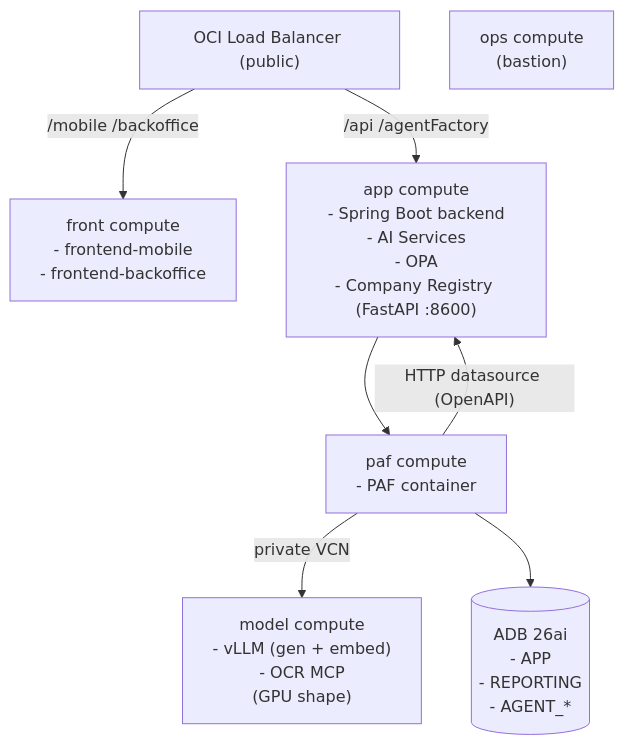
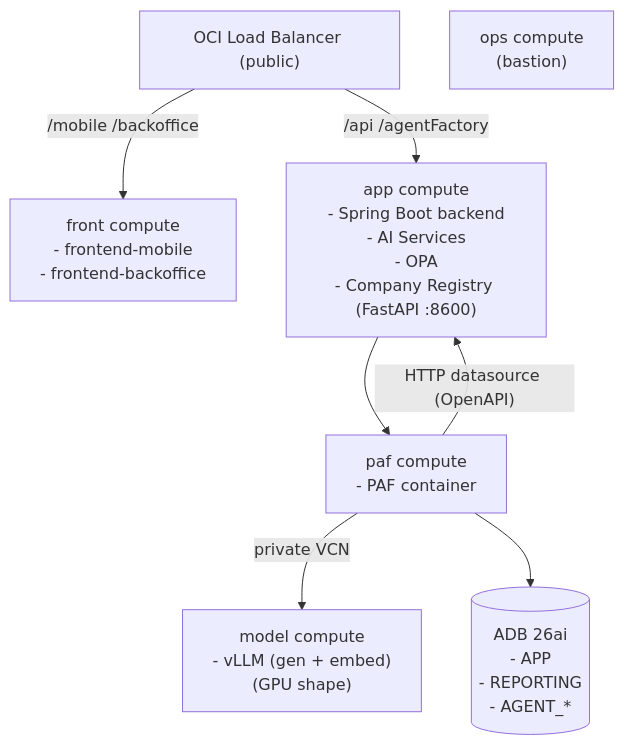
One commit to vmleon/oracle-database-private-agent-factory-poc changed the second of 2 diagrams in docs/DEPLOYMENT.md. Above: the diagram before and after it, drawn with Mermaid. The commit also changed other lines of this file and 10 other files, not shown here.

````diff
--- a/docs/DEPLOYMENT.md
+++ b/docs/DEPLOYMENT.md
@@ -122,17 +120,17 @@
 ```mermaid
 flowchart TB
     lb["OCI Load Balancer (public)"]
     front["front compute<br/>- frontend-mobile<br/>- frontend-backoffice"]
     app["app compute<br/>- Spring Boot backend<br/>- AI Services<br/>- OPA<br/>- Company Registry (FastAPI :8600)"]
     paf["paf compute<br/>- PAF container"]
-    model["model compute<br/>- vLLM (gen + embed)<br/>- OCR MCP<br/>(GPU shape)"]
+    model["model compute<br/>- vLLM (gen + embed)<br/>(GPU shape)"]
     adb[("ADB 26ai<br/>- APP<br/>- REPORTING<br/>- AGENT_*")]
     ops["ops compute<br/>(bastion)"]
 
     lb -- "/mobile  /backoffice" --> front
     lb -- "/api  /agentFactory" --> app
     app --> paf
     paf -- "HTTP datasource (OpenAPI)" --> app
     paf -- "private VCN" --> model
     paf --> adb
 ```
````
